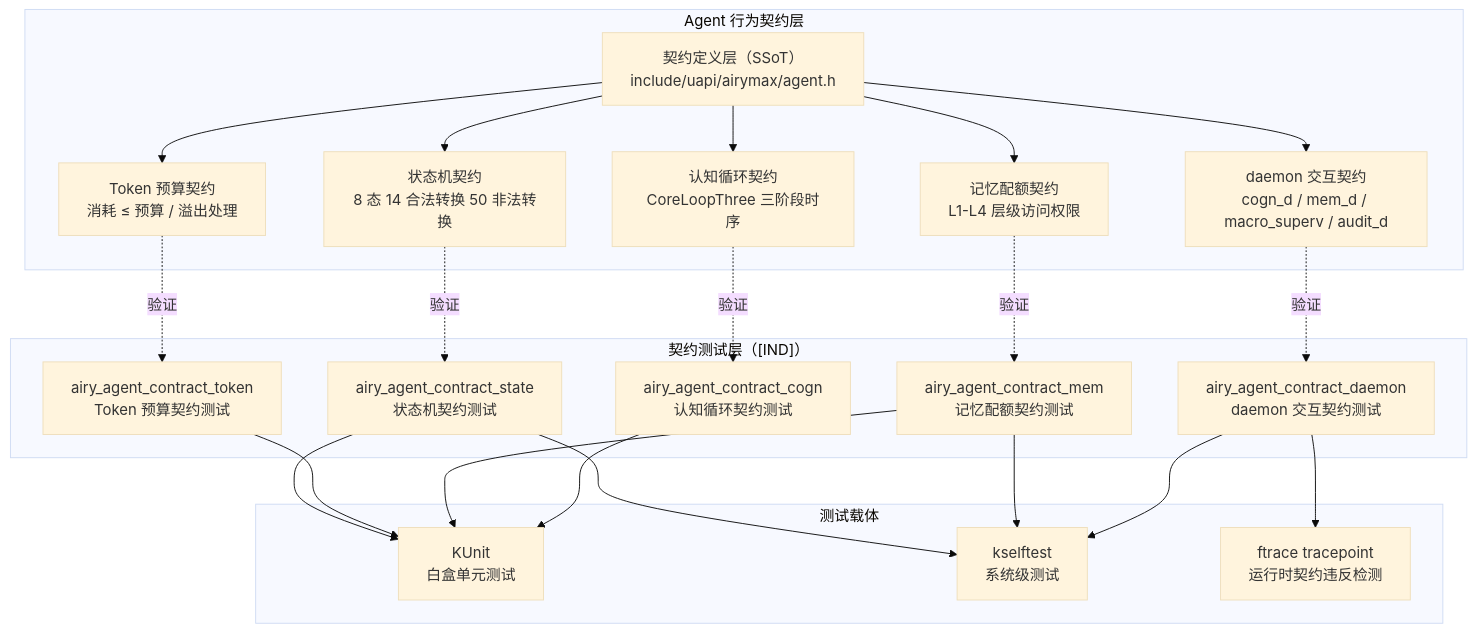
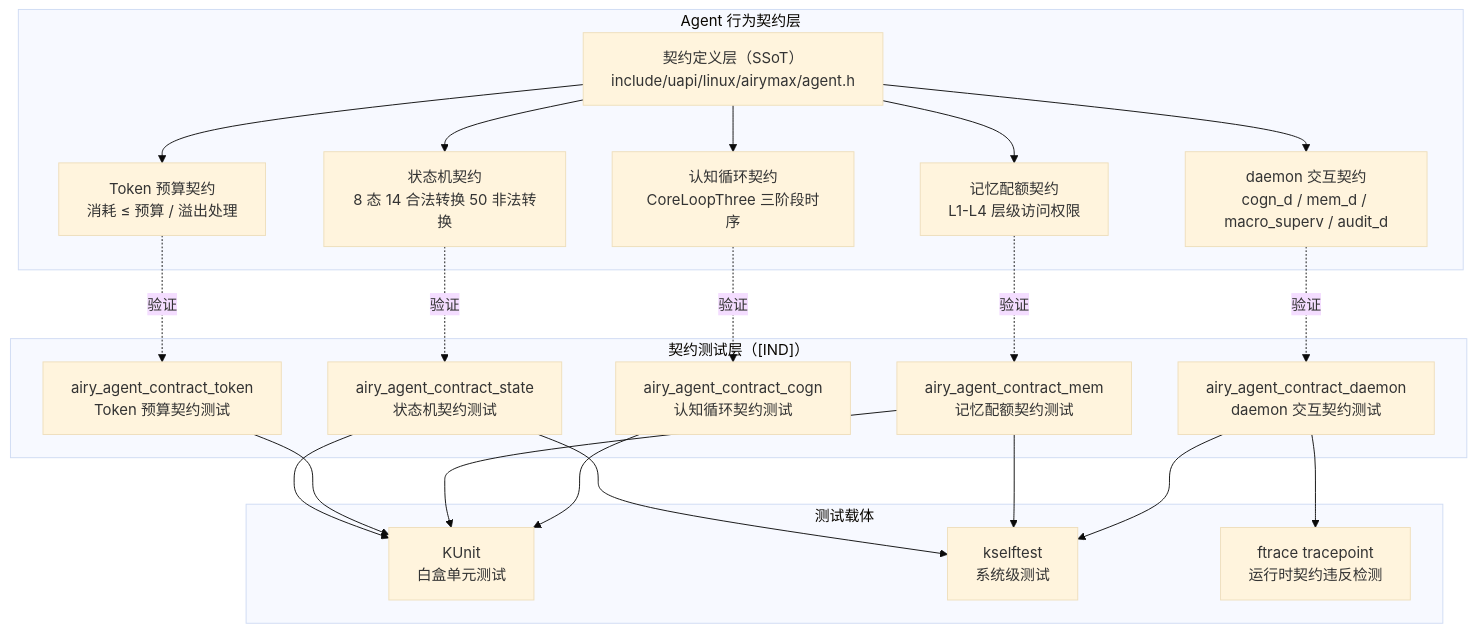
One commit to openairymax/docs-linux changed the diagram in 80-testing/08-agent-contract-testing.md. Above: the diagram before and after it, drawn with Mermaid (base theme). The commit also changed other lines of this file and 125 other files, not shown here.

Commit message:
docs: 更新所有文档中的SC头文件路径到uapi/linux目录 统一修正所有文档中引用的[SC]共享契约层头文件路径，将原`include/airymax/`统一更新为符合Linux内核UAPI规范的`include/uapi/linux/airymax/`路径，确保文档与实际代码布局一致。

````diff
--- a/80-testing/08-agent-contract-testing.md
+++ b/80-testing/08-agent-contract-testing.md
@@ -46,43 +46,43 @@
 ```mermaid
 flowchart TB
     subgraph "Agent 行为契约层"
-        A["契约定义层（SSoT）<br/>include/uapi/airymax/agent.h"]
+        A["契约定义层（SSoT）<br/>include/uapi/linux/airymax/agent.h"]
         B1["状态机契约<br/>8 态 14 合法转换 50 非法转换"]
         B2["Token 预算契约<br/>消耗 ≤ 预算 / 溢出处理"]
         B3["记忆配额契约<br/>L1-L4 层级访问权限"]
         B4["认知循环契约<br/>CoreLoopThree 三阶段时序"]
         B5["daemon 交互契约<br/>cogn_d / mem_d / macro_superv / audit_d"]
     end
     A --> B1
     A --> B2
     A --> B3
     A --> B4
     A --> B5
     
     subgraph "契约测试层（[IND]）"
         C1["airy_agent_contract_state<br/>状态机契约测试"]
         C2["airy_agent_contract_token<br/>Token 预算契约测试"]
         C3["airy_agent_contract_mem<br/>记忆配额契约测试"]
         C4["airy_agent_contract_cogn<br/>认知循环契约测试"]
         C5["airy_agent_contract_daemon<br/>daemon 交互契约测试"]
     end
     B1 -.->|验证| C1
     B2 -.->|验证| C2
     B3 -.->|验证| C3
     B4 -.->|验证| C4
     B5 -.->|验证| C5
     
     subgraph "测试载体"
         D1["KUnit<br/>白盒单元测试"]
         D2["kselftest<br/>系统级测试"]
         D3["ftrace tracepoint<br/>运行时契约违反检测"]
     end
     C1 --> D1
     C1 --> D2
     C2 --> D1
     C3 --> D1
     C3 --> D2
     C4 --> D1
     C5 --> D2
     C5 --> D3
 ```
````
